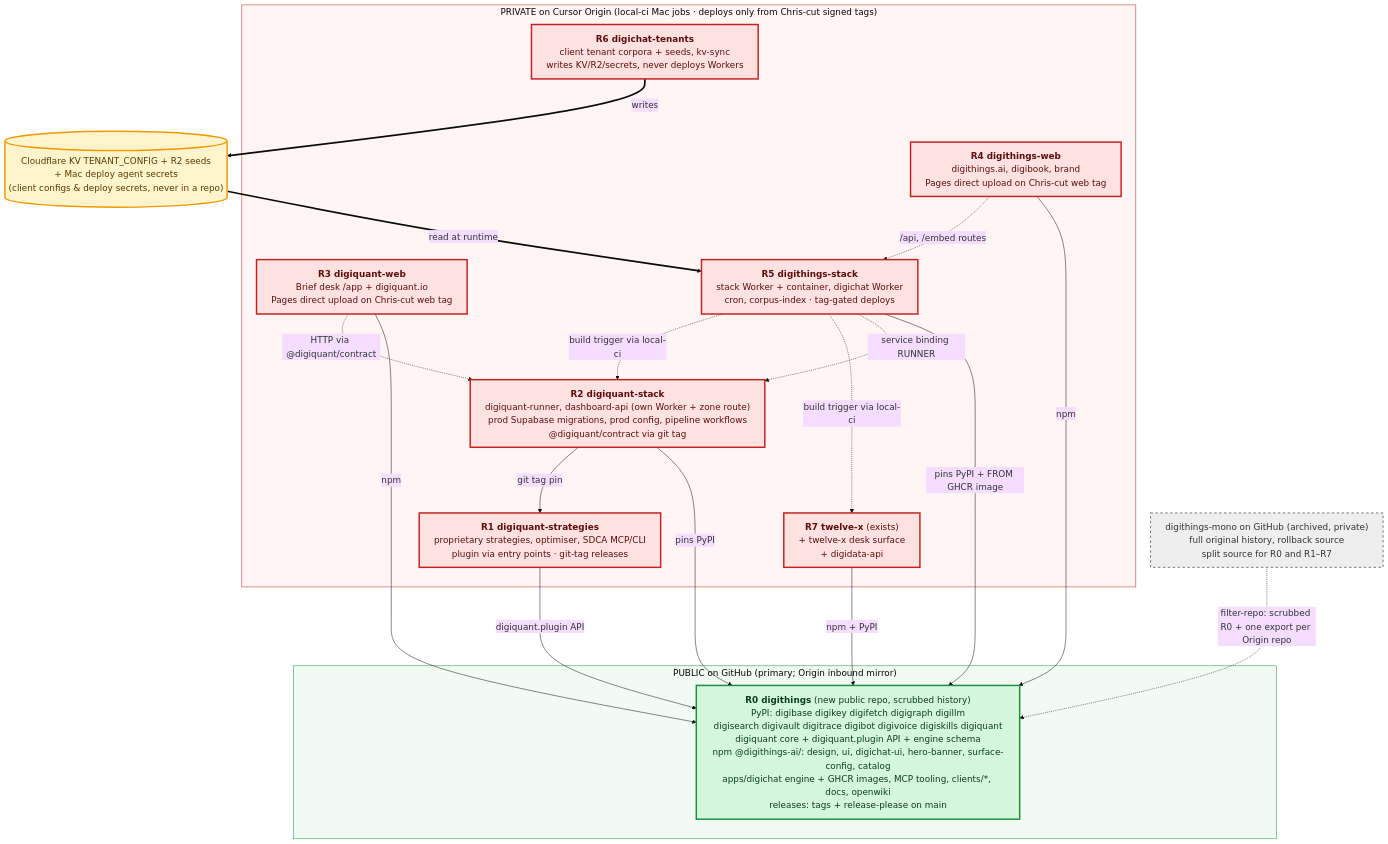
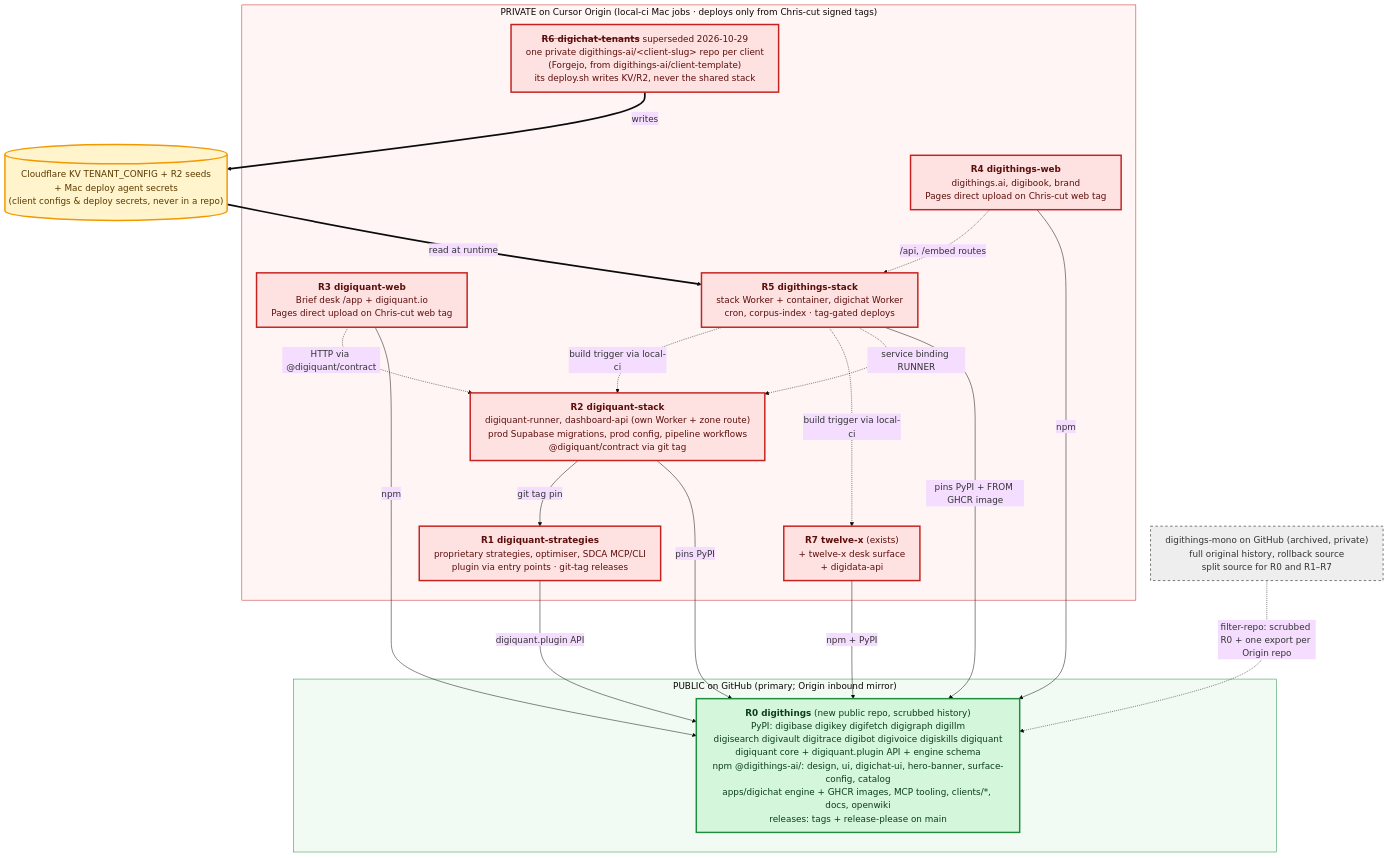
Before and after one commit to digithings-ai/digithings: the diagram in docs/repo-split/repo-split.mmd, drawn with Mermaid. The commit also changed 14 other files, not shown here.

First line of the commit message:
docs(repo-split): client repos live in digithings-ai/<client-slug>; template at digithings-ai/client-template

```diff
--- a/docs/repo-split/repo-split.mmd
+++ b/docs/repo-split/repo-split.mmd
@@ -1,40 +1,40 @@
 %%{init: {'theme':'base','themeVariables':{'fontSize':'18px'},'flowchart':{'curve':'basis','nodeSpacing':40,'rankSpacing':80,'wrappingWidth':600}}}%%
 flowchart TB
   subgraph PUB["PUBLIC on GitHub (primary; Origin inbound mirror)"]
     R0["<b>R0 digithings</b> (new public repo, scrubbed history)<br/>PyPI: digibase digikey digifetch digigraph digillm<br/>digisearch digivault digitrace digibot digivoice digiskills digiquant<br/>digiquant core + digiquant.plugin API + engine schema<br/>npm @digithings-ai/: design, ui, digichat-ui, hero-banner, surface-config, catalog<br/>apps/digichat engine + GHCR images, MCP tooling, clients/*, docs, openwiki<br/>releases: tags + release-please on main"]
   end
   subgraph PRIV["PRIVATE on Cursor Origin (local-ci Mac jobs · deploys only from Chris-cut signed tags)"]
     R1["<b>R1 digiquant-strategies</b><br/>proprietary strategies, optimiser, SDCA MCP/CLI<br/>plugin via entry points · git-tag releases"]
     R2["<b>R2 digiquant-stack</b><br/>digiquant-runner, dashboard-api (own Worker + zone route)<br/>prod Supabase migrations, prod config, pipeline workflows<br/>@digiquant/contract via git tag"]
     R3["<b>R3 digiquant-web</b><br/>Brief desk /app + digiquant.io<br/>Pages direct upload on Chris-cut web tag"]
     R4["<b>R4 digithings-web</b><br/>digithings.ai, digibook, brand<br/>Pages direct upload on Chris-cut web tag"]
     R5["<b>R5 digithings-stack</b><br/>stack Worker + container, digichat Worker<br/>cron, corpus-index · tag-gated deploys"]
-    R6["<b>R6 digichat-tenants</b><br/>client tenant corpora + seeds, kv-sync<br/>writes KV/R2/secrets, never deploys Workers"]
+    R6["<b><s>R6 digichat-tenants</s></b> superseded 2026-10-29<br/>one private digithings-ai/&lt;client-slug&gt; repo per client<br/>(Forgejo, from digithings-ai/client-template)<br/>its deploy.sh writes KV/R2, never the shared stack"]
     R7["<b>R7 twelve-x</b> (exists)<br/>+ twelve-x desk surface<br/>+ digidata-api"]
   end
   MONO["digithings-mono on GitHub (archived, private)<br/>full original history, rollback source<br/>split source for R0 and R1–R7"]
   KV[("Cloudflare KV TENANT_CONFIG + R2 seeds<br/>+ Mac deploy agent secrets<br/>(client configs &amp; deploy secrets, never in a repo)")]
 
   R1 -->|digiquant.plugin API| R0
   R2 -->|pins PyPI| R0
   R2 -->|git tag pin| R1
   R3 -->|npm| R0
   R4 -->|npm| R0
   R5 -->|pins PyPI + FROM GHCR image| R0
   R7 -->|npm + PyPI| R0
   R3 -.->|HTTP via @digiquant/contract| R2
   R4 -.->|/api, /embed routes| R5
   R5 -.->|service binding RUNNER| R2
   R5 -.->|build trigger via local-ci| R7
   R5 -.->|build trigger via local-ci| R2
   R6 ==>|writes| KV
   KV ==>|read at runtime| R5
   MONO -.->|filter-repo: scrubbed R0 + one export per Origin repo| R0
 
   classDef pub fill:#d4f7dc,stroke:#1e8e3e,stroke-width:3px,color:#0b3d1a;
   classDef priv fill:#fde2e1,stroke:#c5221f,stroke-width:3px,color:#5c0e0c;
   classDef kv fill:#fff4cc,stroke:#f29900,stroke-width:3px,color:#5a3a00;
   classDef arch fill:#eeeeee,stroke:#777777,stroke-width:2px,color:#333333,stroke-dasharray: 5 5;
   class R0 pub; class R1,R2,R3,R4,R5,R6,R7 priv; class KV kv; class MONO arch;
   style PUB fill:#f1fbf3,stroke:#1e8e3e
   style PRIV fill:#fff5f5,stroke:#c5221f
```
